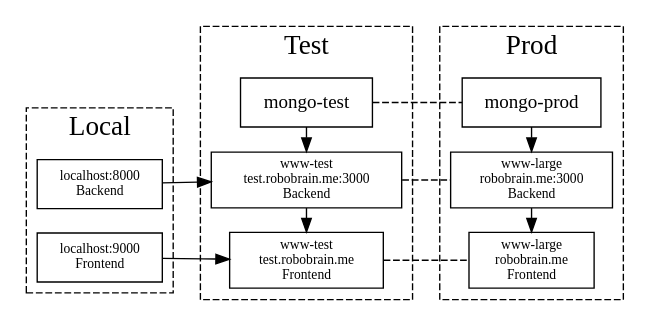
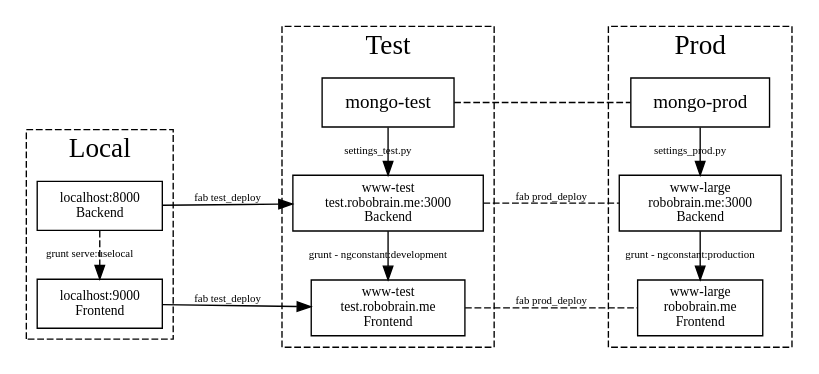
One commit to RoboBrainCode/Docs changed the diagram in diagram.dot. Above: the diagram before and after it, drawn with Graphviz. The commit also changed 1 other file, not shown here.

```diff
--- a/diagram.dot
+++ b/diagram.dot
@@ -1,43 +1,45 @@
 digraph G {
   rankdir=LR;
 
   subgraph cluster3 {
     fontsize = 20;
     label = "Local";
     rank = same;
-    G  H [constraint=false];
+    G -> H [constraint=false, style="dashed", label="grunt serve:uselocal", fontsize = 8];
     style = "dashed";
   }
 
   subgraph cluster1 {
     fontsize = 20;
     label = "Test";
     rank=same;
-    A -> B -> C [constraint=false];
+    A -> B [constraint=false, label="settings_test.py", fontsize = 8];
+    B -> C [constraint=false, label="grunt - ngconstant:development", fontsize = 8];
     style = "dashed";
   }
 
   subgraph cluster2 {
     fontsize = 20;
     label = "Prod";
     rank=same;
-    Z -> Y ->  X  [constraint=false];
+    Z -> Y  [constraint=false, label="settings_prod.py", fontsize = 8];
+    Y ->  X  [constraint=false, label="grunt - ngconstant:production", fontsize = 8];
     style = "dashed";
   }
 
   A -> Z [arrowhead="none",style="dashed"];
-  B -> Y [arrowhead="none",style="dashed"];
-  C -> X [arrowhead="none",style="dashed"]; 
-  G -> B;
-  H -> C;
+  B -> Y [arrowhead="none",style="dashed", label="fab prod_deploy", fontsize = 8];
+  C -> X [arrowhead="none",style="dashed", label="fab prod_deploy", fontsize = 8];
+  G -> B [label="fab test_deploy", fontsize = 8];
+  H -> C [label="fab test_deploy", fontsize = 8];
   G, H, A, B, C, X, Y, Z  [shape="box"];
   A [label="mongo-test"];
   Z [label="mongo-prod"];
   B [fontsize=10,label="www-test \n test.robobrain.me:3000 \n Backend"];
   C [fontsize=10,label="www-test \n test.robobrain.me \n Frontend"];
   Y [fontsize=10,label="www-large \n robobrain.me:3000 \n Backend"];
   X [fontsize=10,label="www-large \n robobrain.me \n Frontend"];
   G [fontsize=10,label="localhost:8000 \n Backend"];
   H [fontsize=10,label="localhost:9000 \n Frontend"];
-  
+
 }
```
